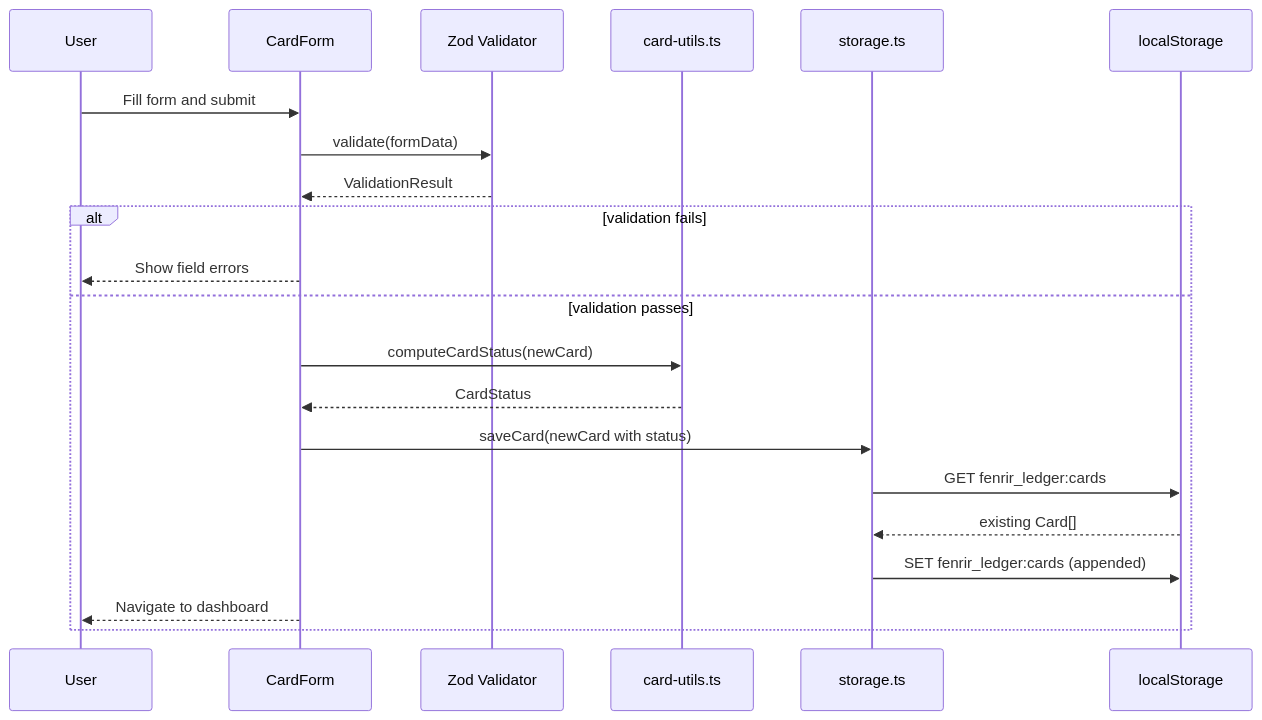
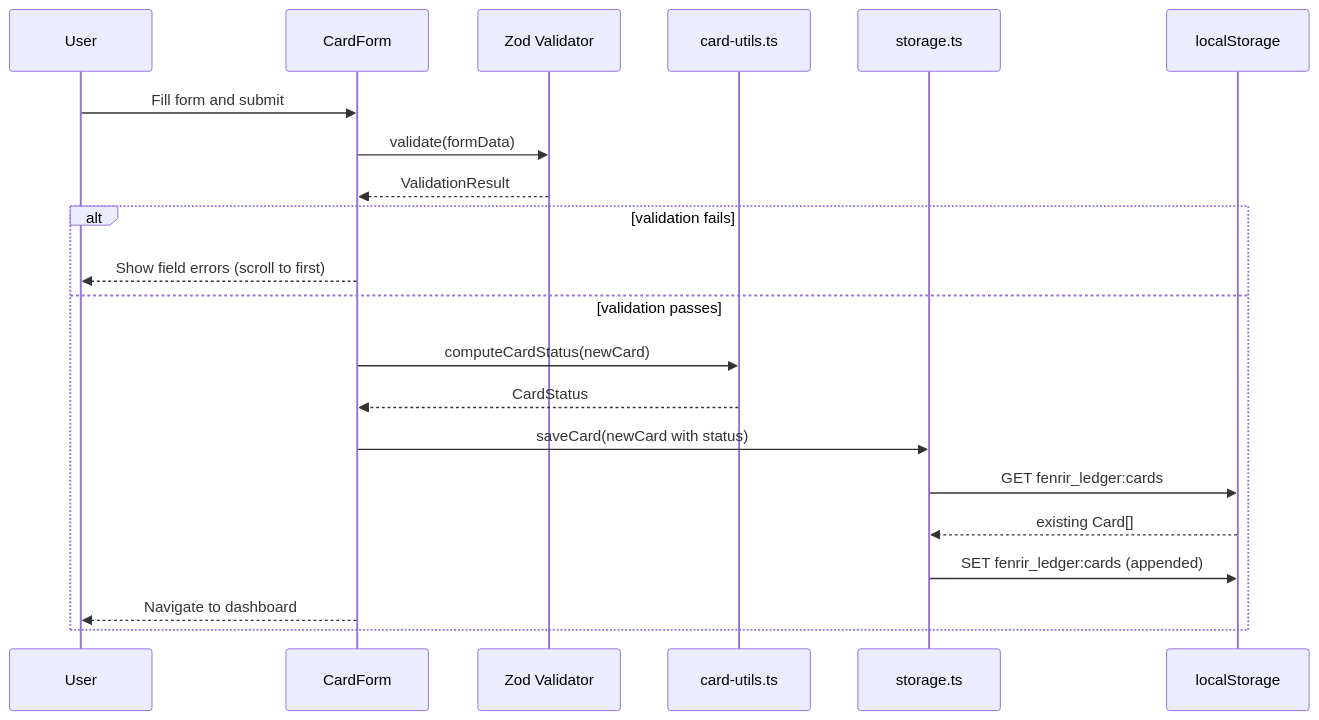
One commit to declanshanaghy/fenrir-ledger changed the third of 5 diagrams in architecture/system-design.md. Above: the diagram before and after it, drawn with Mermaid. The commit also changed other lines of this file and 3 other files, not shown here.

First line of the commit message:
doc-sync: update architecture/ docs to Sprint 2 delivered state

````diff
--- a/architecture/system-design.md
+++ b/architecture/system-design.md
@@ -81,24 +105,24 @@
 ```mermaid
 sequenceDiagram
     participant U as User
     participant F as CardForm
     participant V as Zod Validator
     participant CU as card-utils.ts
     participant S as storage.ts
     participant L as localStorage
 
     U->>F: Fill form and submit
     F->>V: validate(formData)
     V-->>F: ValidationResult
     alt validation fails
-        F-->>U: Show field errors
+        F-->>U: Show field errors (scroll to first)
     else validation passes
         F->>CU: computeCardStatus(newCard)
         CU-->>F: CardStatus
         F->>S: saveCard(newCard with status)
         S->>L: GET fenrir_ledger:cards
         L-->>S: existing Card[]
         S->>L: SET fenrir_ledger:cards (appended)
         F-->>U: Navigate to dashboard
     end
 ```
````
